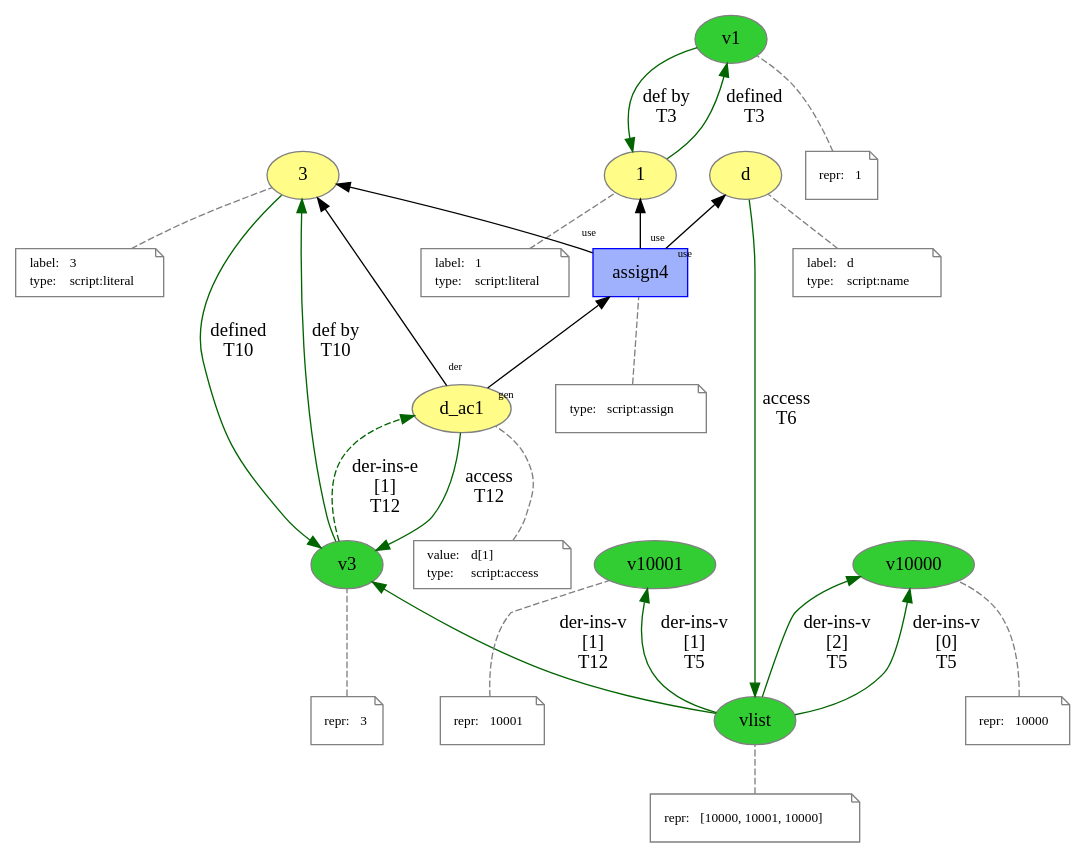
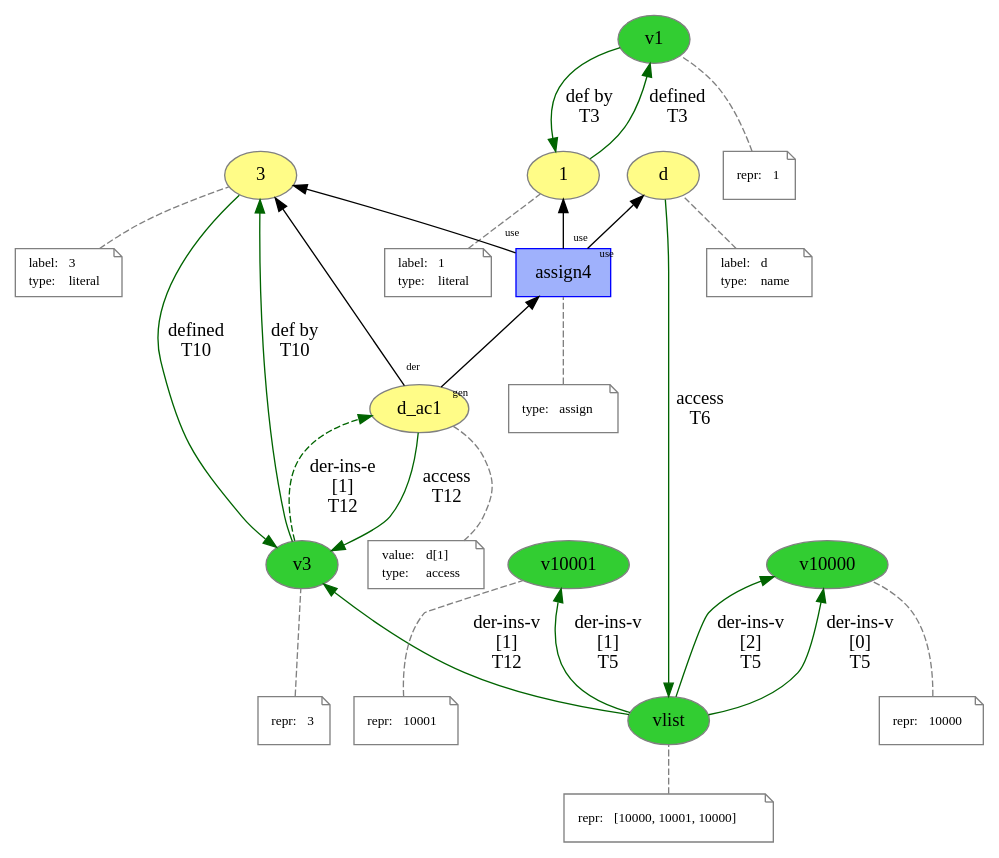
The diagram in images/mutable_prov/part_assign.dot (dew-uff/versioned-prov), drawn with Graphviz before and after one commit. The commit also changed 216 other files, not shown here.

```diff
--- a/images/mutable_prov/part_assign.dot
+++ b/images/mutable_prov/part_assign.dot
@@ -1,130 +1,130 @@
 digraph "PROV" { size="16,12"; rankdir="BT";
 "http://example.org/vlist" [fillcolor="#32CD32",color="#808080",style="filled",label="vlist",URL="http://example.org/vlist"]
 "-attrs0" [color="gray",shape="note",fontsize="10",fontcolor="black",label=<<TABLE cellpadding="0" border="0">
 	<TR>
 	    <TD align="left">repr:</TD>
 	    <TD align="left">[10000, 10001, 10000]</TD>
 	</TR>
 </TABLE>>]
 "-attrs0" -> "http://example.org/vlist" [color="gray",style="dashed",arrowhead="none"]
 "http://example.org/v10000" [fillcolor="#32CD32",color="#808080",style="filled",label="v10000",URL="http://example.org/v10000"]
 "-attrs1" [color="gray",shape="note",fontsize="10",fontcolor="black",label=<<TABLE cellpadding="0" border="0">
 	<TR>
 	    <TD align="left">repr:</TD>
 	    <TD align="left">10000</TD>
 	</TR>
 </TABLE>>]
 "-attrs1" -> "http://example.org/v10000" [color="gray",style="dashed",arrowhead="none"]
 "http://example.org/v10001" [fillcolor="#32CD32",color="#808080",style="filled",label="v10001",URL="http://example.org/v10001"]
 "-attrs2" [color="gray",shape="note",fontsize="10",fontcolor="black",label=<<TABLE cellpadding="0" border="0">
 	<TR>
 	    <TD align="left">repr:</TD>
 	    <TD align="left">10001</TD>
 	</TR>
 </TABLE>>]
 "-attrs2" -> "http://example.org/v10001" [color="gray",style="dashed",arrowhead="none"]
 "http://example.org/vlist" -> "http://example.org/v10000" [labelfontsize="8",labeldistance="1.5",color="darkgreen",labelangle="60.0",rotation="20",label="der-ins-v
 [0]
 T5"]
 "http://example.org/vlist" -> "http://example.org/v10001" [labelfontsize="8",labeldistance="1.5",color="darkgreen",labelangle="60.0",rotation="20",label="der-ins-v
 [1]
 T5"]
 "http://example.org/vlist" -> "http://example.org/v10000" [labelfontsize="8",labeldistance="1.5",color="darkgreen",labelangle="60.0",rotation="20",label="der-ins-v
 [2]
 T5"]
 "http://example.org/d" [fillcolor="#FFFC87",color="#808080",style="filled",label="d",URL="http://example.org/d"]
 "-attrs3" [color="gray",shape="note",fontsize="10",fontcolor="black",label=<<TABLE cellpadding="0" border="0">
 	<TR>
 	    <TD align="left">label:</TD>
 	    <TD align="left">d</TD>
 	</TR>
 	<TR>
 	    <TD align="left">type:</TD>
-	    <TD align="left">script:name</TD>
+	    <TD align="left">name</TD>
 	</TR>
 </TABLE>>]
 "-attrs3" -> "http://example.org/d" [color="gray",style="dashed",arrowhead="none"]
 "http://example.org/d" -> "http://example.org/vlist" [labelfontsize="8",labeldistance="1.5",color="darkgreen",labelangle="60.0",rotation="20",label="access
 T6"]
 "http://example.org/1" [fillcolor="#FFFC87",color="#808080",style="filled",label="1",URL="http://example.org/1"]
 "-attrs4" [color="gray",shape="note",fontsize="10",fontcolor="black",label=<<TABLE cellpadding="0" border="0">
 	<TR>
 	    <TD align="left">label:</TD>
 	    <TD align="left">1</TD>
 	</TR>
 	<TR>
 	    <TD align="left">type:</TD>
-	    <TD align="left">script:literal</TD>
+	    <TD align="left">literal</TD>
 	</TR>
 </TABLE>>]
 "-attrs4" -> "http://example.org/1" [color="gray",style="dashed",arrowhead="none"]
 "http://example.org/v1" [fillcolor="#32CD32",color="#808080",style="filled",label="v1",URL="http://example.org/v1"]
 "-attrs5" [color="gray",shape="note",fontsize="10",fontcolor="black",label=<<TABLE cellpadding="0" border="0">
 	<TR>
 	    <TD align="left">repr:</TD>
 	    <TD align="left">1</TD>
 	</TR>
 </TABLE>>]
 "-attrs5" -> "http://example.org/v1" [color="gray",style="dashed",arrowhead="none"]
 "http://example.org/1" -> "http://example.org/v1" [labelfontsize="8",labeldistance="1.5",color="darkgreen",labelangle="60.0",rotation="20",label="defined
 T3"]
 "http://example.org/v1" -> "http://example.org/1" [labelfontsize="8",labeldistance="1.5",color="darkgreen",labelangle="60.0",rotation="20",label="def by
 T3"]
 "http://example.org/3" [fillcolor="#FFFC87",color="#808080",style="filled",label="3",URL="http://example.org/3"]
 "-attrs6" [color="gray",shape="note",fontsize="10",fontcolor="black",label=<<TABLE cellpadding="0" border="0">
 	<TR>
 	    <TD align="left">label:</TD>
 	    <TD align="left">3</TD>
 	</TR>
 	<TR>
 	    <TD align="left">type:</TD>
-	    <TD align="left">script:literal</TD>
+	    <TD align="left">literal</TD>
 	</TR>
 </TABLE>>]
 "-attrs6" -> "http://example.org/3" [color="gray",style="dashed",arrowhead="none"]
 "http://example.org/v3" [fillcolor="#32CD32",color="#808080",style="filled",label="v3",URL="http://example.org/v3"]
 "-attrs7" [color="gray",shape="note",fontsize="10",fontcolor="black",label=<<TABLE cellpadding="0" border="0">
 	<TR>
 	    <TD align="left">repr:</TD>
 	    <TD align="left">3</TD>
 	</TR>
 </TABLE>>]
 "-attrs7" -> "http://example.org/v3" [color="gray",style="dashed",arrowhead="none"]
 "http://example.org/3" -> "http://example.org/v3" [labelfontsize="8",labeldistance="1.5",color="darkgreen",labelangle="60.0",rotation="20",label="defined
 T10"]
 "http://example.org/v3" -> "http://example.org/3" [labelfontsize="8",labeldistance="1.5",color="darkgreen",labelangle="60.0",rotation="20",label="def by
 T10"]
 "http://example.org/d_ac1" [fillcolor="#FFFC87",color="#808080",style="filled",label="d_ac1",URL="http://example.org/d_ac1"]
 "-attrs8" [color="gray",shape="note",fontsize="10",fontcolor="black",label=<<TABLE cellpadding="0" border="0">
 	<TR>
 	    <TD align="left">value:</TD>
 	    <TD align="left">d[1]</TD>
 	</TR>
 	<TR>
 	    <TD align="left">type:</TD>
-	    <TD align="left">script:access</TD>
+	    <TD align="left">access</TD>
 	</TR>
 </TABLE>>]
 "-attrs8" -> "http://example.org/d_ac1" [color="gray",style="dashed",arrowhead="none"]
 "http://example.org/d_ac1" -> "http://example.org/v3" [labelfontsize="8",labeldistance="1.5",color="darkgreen",labelangle="60.0",rotation="20",label="access
 T12"]
 "http://example.org/vlist" -> "http://example.org/v3" [labelfontsize="8",labeldistance="1.5",color="darkgreen",labelangle="60.0",rotation="20",label="der-ins-v
 [1]
 T12"]
 "http://example.org/v3" -> "http://example.org/d_ac1" [labelfontsize="8",labeldistance="1.5",color="darkgreen",labelangle="60.0",rotation="20",label="der-ins-e
 [1]
 T12",style="dashed"]
 "http://example.org/assign4" [fillcolor="#9FB1FC",color="#0000FF",shape="polygon",sides="4",style="filled",label="assign4",URL="http://example.org/assign4"]
 "-attrs9" [color="gray",shape="note",fontsize="10",fontcolor="black",label=<<TABLE cellpadding="0" border="0">
 	<TR>
 	    <TD align="left">type:</TD>
-	    <TD align="left">script:assign</TD>
+	    <TD align="left">assign</TD>
 	</TR>
 </TABLE>>]
 "-attrs9" -> "http://example.org/assign4" [color="gray",style="dashed",arrowhead="none"]
 "http://example.org/assign4" -> "http://example.org/d" [labelfontsize="8",labeldistance="1.5",labelangle="60.0",rotation="20",taillabel="use"]
 "http://example.org/assign4" -> "http://example.org/1" [labelfontsize="8",labeldistance="1.5",labelangle="60.0",rotation="20",taillabel="use"]
 "http://example.org/assign4" -> "http://example.org/3" [labelfontsize="8",labeldistance="1.5",labelangle="60.0",rotation="20",taillabel="use"]
 "http://example.org/d_ac1" -> "http://example.org/assign4" [labelfontsize="8",labeldistance="1.5",labelangle="60.0",rotation="20",taillabel="gen"]
 "http://example.org/d_ac1" -> "http://example.org/3" [labelfontsize="8",labeldistance="1.5",labelangle="60.0",rotation="20",taillabel="der"]
 }
```
